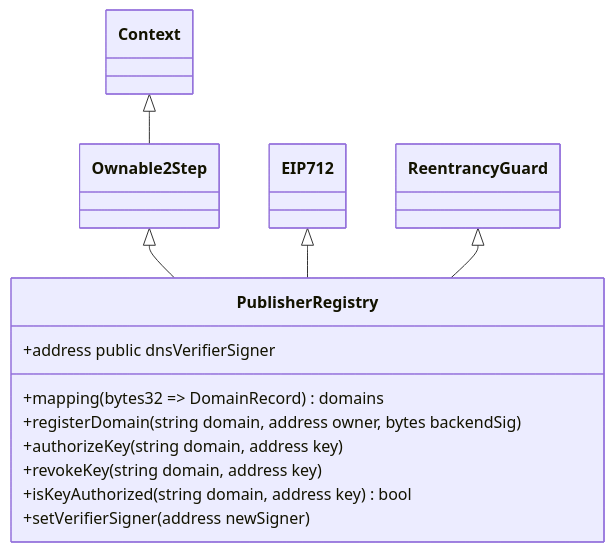
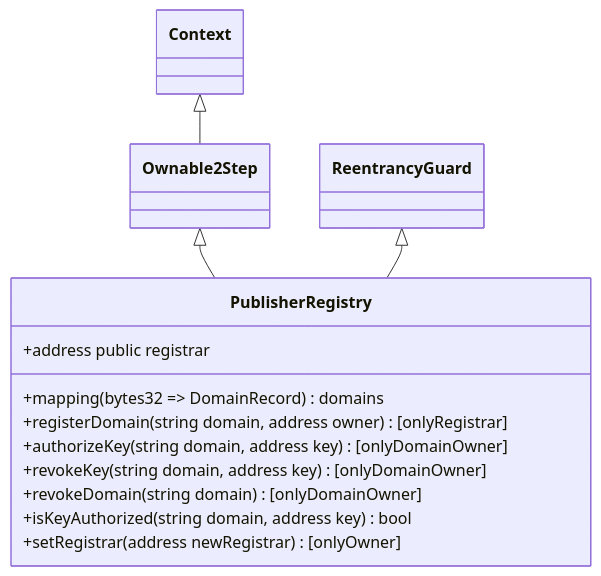
One commit to MustafaPinjari/LUCENTRA changed the diagram in docs/06-blockchain/SMART_CONTRACT_DESIGN.md. Above: the diagram before and after it, drawn with Mermaid. The commit also changed other lines of this file and 181 other files, not shown here.

````diff
--- a/docs/06-blockchain/SMART_CONTRACT_DESIGN.md
+++ b/docs/06-blockchain/SMART_CONTRACT_DESIGN.md
@@ -18,21 +18,20 @@
 ```mermaid
 classDiagram
     class Context
     class Ownable2Step
-    class EIP712
     class ReentrancyGuard
     class PublisherRegistry {
         +mapping(bytes32 => DomainRecord) domains
-        +address public dnsVerifierSigner
-        +registerDomain(string domain, address owner, bytes backendSig)
-        +authorizeKey(string domain, address key)
-        +revokeKey(string domain, address key)
+        +address public registrar
+        +registerDomain(string domain, address owner) [onlyRegistrar]
+        +authorizeKey(string domain, address key) [onlyDomainOwner]
+        +revokeKey(string domain, address key) [onlyDomainOwner]
+        +revokeDomain(string domain) [onlyDomainOwner]
         +isKeyAuthorized(string domain, address key) bool
-        +setVerifierSigner(address newSigner)
+        +setRegistrar(address newRegistrar) [onlyOwner]
     }
 
     Context <|-- Ownable2Step
     Ownable2Step <|-- PublisherRegistry
-    EIP712 <|-- PublisherRegistry
     ReentrancyGuard <|-- PublisherRegistry
 ```
````
